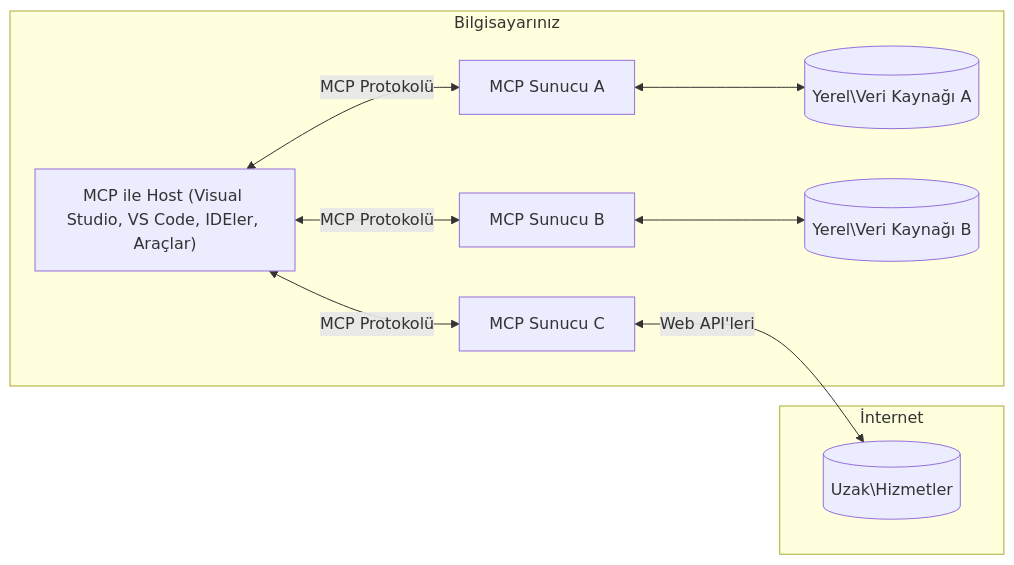
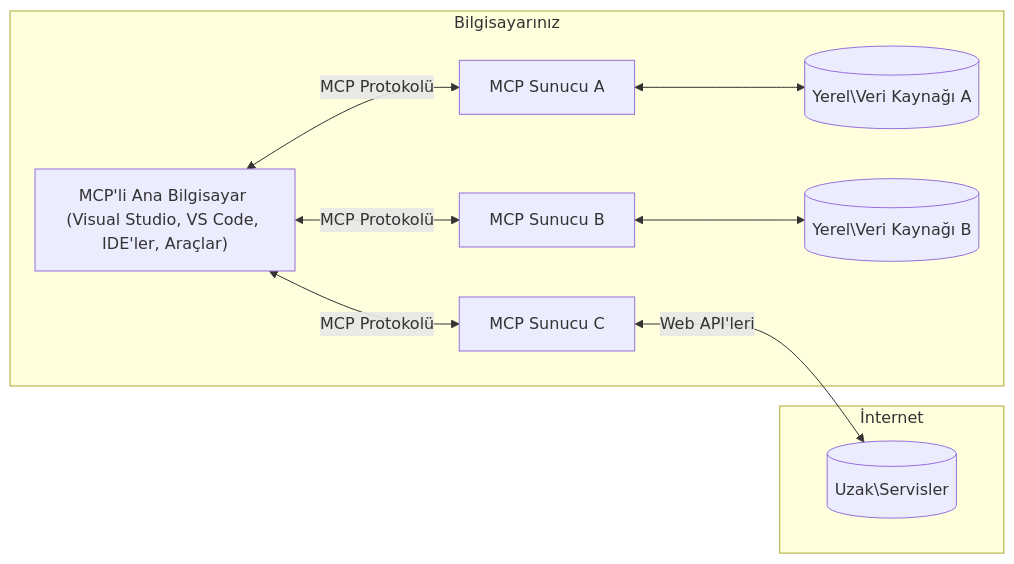
The diagram in translations/tr/01-CoreConcepts/README.md (Mu-L/mcp-for-beginners), drawn with Mermaid before and after one commit. The commit also changed other lines of this file and 5 other files, not shown here.

````diff
--- a/translations/tr/01-CoreConcepts/README.md
+++ b/translations/tr/01-CoreConcepts/README.md
@@ -45,17 +42,17 @@
 ```mermaid
 flowchart LR
     subgraph "Bilgisayarınız"
-        Host["MCP ile Host (Visual Studio, VS Code, IDEler, Araçlar)"]
+        Host["MCP'li Ana Bilgisayar (Visual Studio, VS Code, IDE'ler, Araçlar)"]
         S1["MCP Sunucu A"]
         S2["MCP Sunucu B"]
         S3["MCP Sunucu C"]
         Host <-->|"MCP Protokolü"| S1
         Host <-->|"MCP Protokolü"| S2
         Host <-->|"MCP Protokolü"| S3
         S1 <--> D1[("Yerel\Veri Kaynağı A")]
         S2 <--> D2[("Yerel\Veri Kaynağı B")]
     end
     subgraph "İnternet"
-        S3 <-->|"Web API'leri"| D3[("Uzak\Hizmetler")]
+        S3 <-->|"Web API'leri"| D3[("Uzak\Servisler")]
     end
 ```
````
